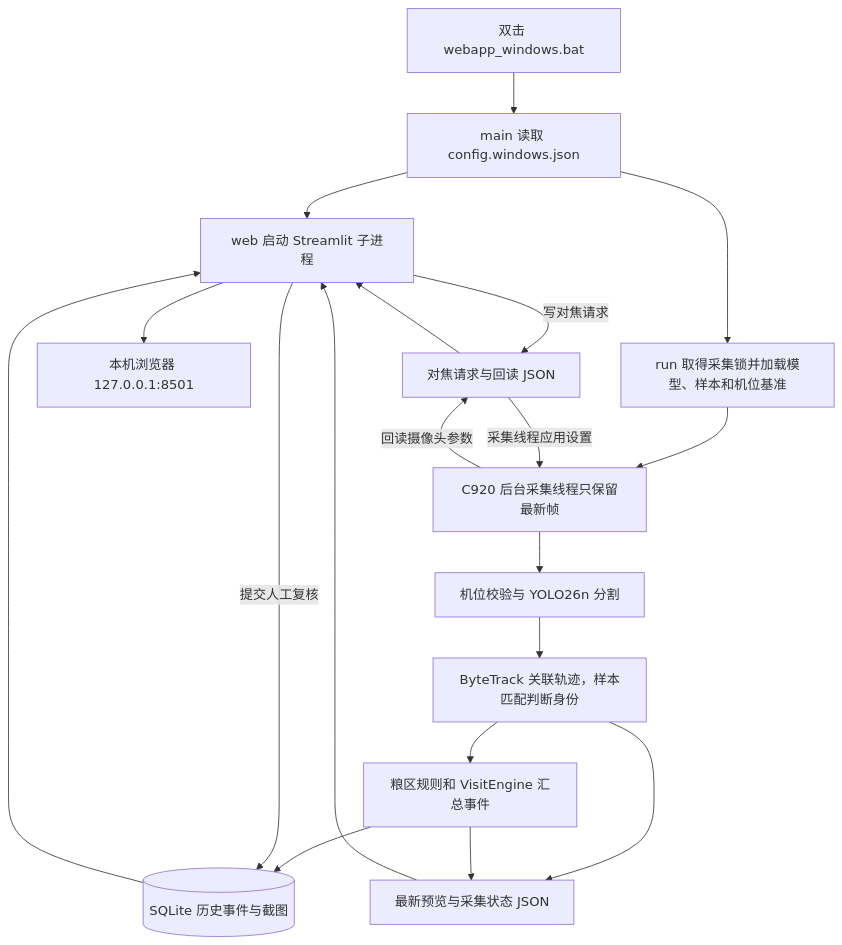
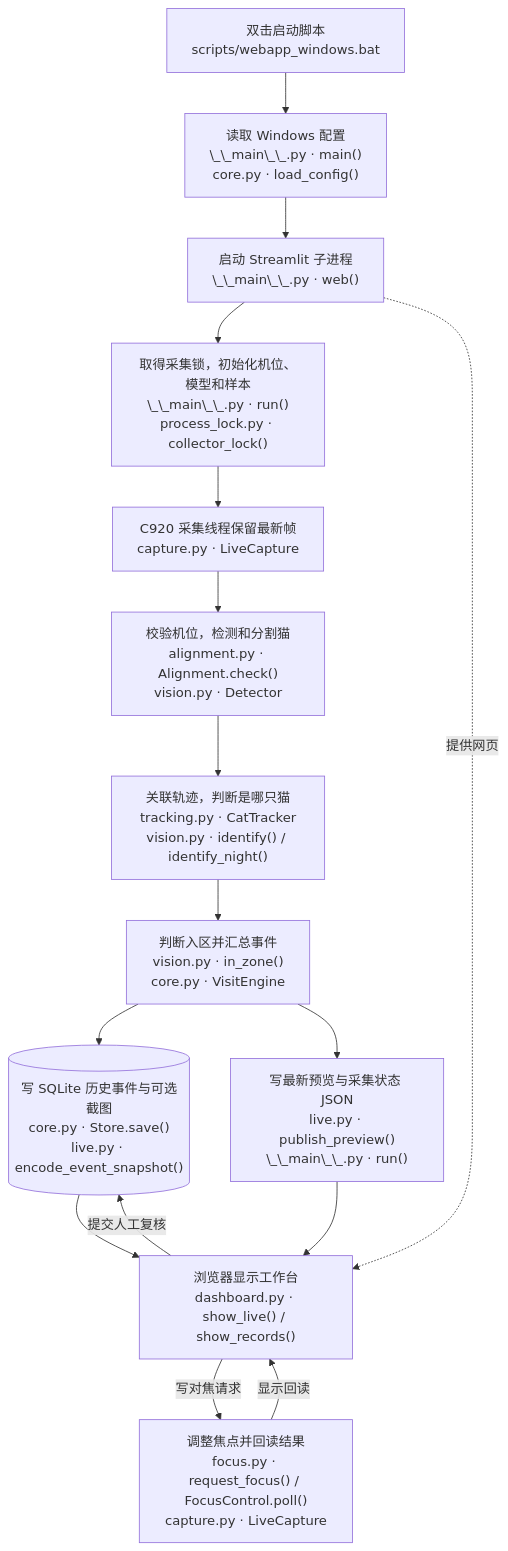
One commit to hygambler/double-cat-monitor changed the first of 4 diagrams in docs/CODE_LEARNING_GUIDE.md. Above: the diagram before and after it, drawn with Mermaid. The commit also changed other lines of this file, not shown here.

Commit message:
docs: label workflow diagrams with Python files

````diff
--- a/docs/CODE_LEARNING_GUIDE.md
+++ b/docs/CODE_LEARNING_GUIDE.md
@@ -11,21 +13,18 @@
 ```mermaid
 flowchart TD
-    A["双击 webapp_windows.bat"] --> B["main 读取 config.windows.json"]
-    B --> C["web 启动 Streamlit 子进程"]
-    B --> D["run 取得采集锁并加载模型、样本和机位基准"]
-    D --> E["C920 后台采集线程只保留最新帧"]
-    E --> F["机位校验与 YOLO26n 分割"]
-    F --> G["ByteTrack 关联轨迹，样本匹配判断身份"]
-    G --> H["粮区规则和 VisitEngine 汇总事件"]
-    H --> I[("SQLite 历史事件与截图")]
-    G --> J["最新预览与采集状态 JSON"]
-    H --> J
-    I --> C
-    J --> C
-    C --> K["本机浏览器 127.0.0.1:8501"]
-    C -->|"提交人工复核"| I
-    C -->|"写对焦请求"| L["对焦请求与回读 JSON"]
-    L -->|"采集线程应用设置"| E
-    E -->|"回读摄像头参数"| L
-    L --> C
+    A["双击启动脚本<br/>scripts/webapp_windows.bat"] --> B["读取 Windows 配置<br/>\_\_main\_\_.py · main()<br/>core.py · load_config()"]
+    B --> C["启动 Streamlit 子进程<br/>\_\_main\_\_.py · web()"]
+    C --> D["取得采集锁，初始化机位、模型和样本<br/>\_\_main\_\_.py · run()<br/>process_lock.py · collector_lock()"]
+    D --> E["C920 采集线程保留最新帧<br/>capture.py · LiveCapture"]
+    E --> F["校验机位，检测和分割猫<br/>alignment.py · Alignment.check()<br/>vision.py · Detector"]
+    F --> G["关联轨迹，判断是哪只猫<br/>tracking.py · CatTracker<br/>vision.py · identify() / identify_night()"]
+    G --> H["判断入区并汇总事件<br/>vision.py · in_zone()<br/>core.py · VisitEngine"]
+    H --> I[("写 SQLite 历史事件与可选截图<br/>core.py · Store.save()<br/>live.py · encode_event_snapshot()")]
+    H --> J["写最新预览与采集状态 JSON<br/>live.py · publish_preview()<br/>\_\_main\_\_.py · run()"]
+    C -.->|"提供网页"| K["浏览器显示工作台<br/>dashboard.py · show_live() / show_records()"]
+    I --> K
+    J --> K
+    K -->|"提交人工复核"| I
+    K -->|"写对焦请求"| L["调整焦点并回读结果<br/>focus.py · request_focus() / FocusControl.poll()<br/>capture.py · LiveCapture"]
+    L -->|"显示回读"| K
 ```
````
